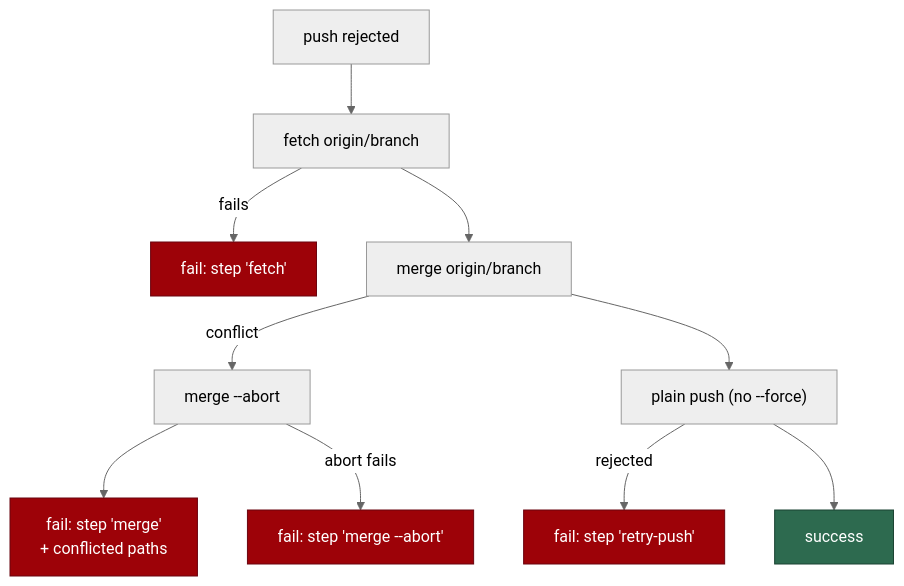
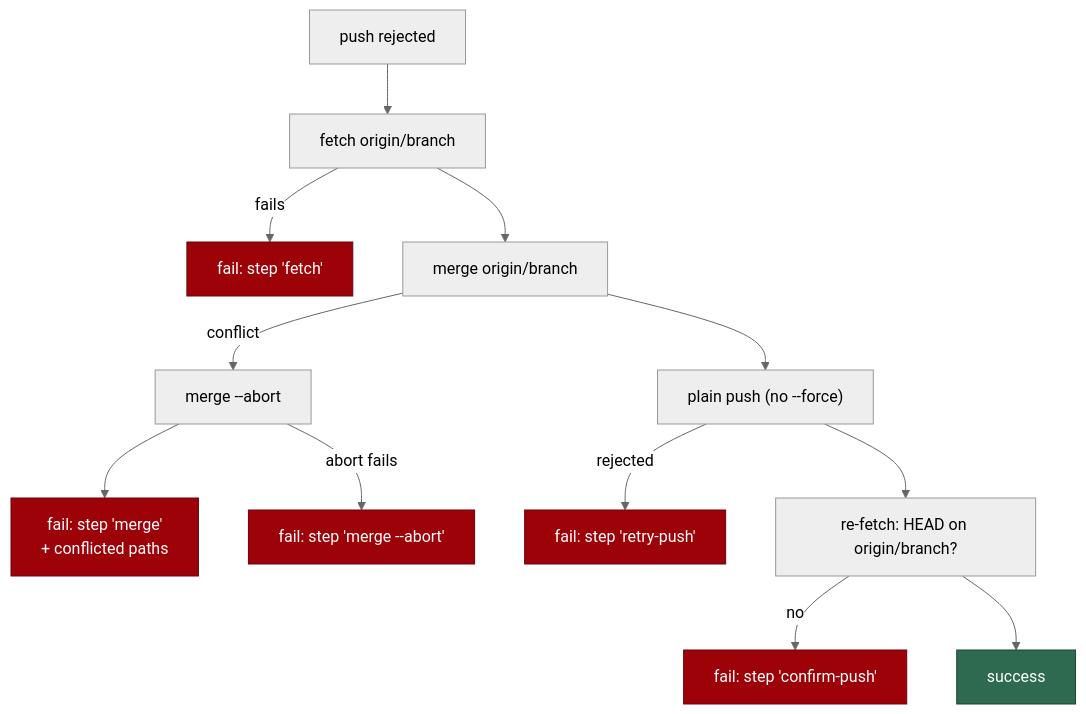
Before and after one commit to stSoftwareAU/VibeCoder: diagram 17 of 44 in docs/INTERNALS.md, drawn with Mermaid (neutral theme). The commit also changed other lines of this file and 2 other files, not shown here.

First line of the commit message:
Confirm the recovered push landed and keep the tracking ref current (#2808)

````diff
--- a/docs/INTERNALS.md
+++ b/docs/INTERNALS.md
@@ -2215,17 +2208,20 @@
 ```mermaid
 flowchart TD
     R["push rejected"] --> F["fetch origin/branch"]
     F -- fails --> XF["fail: step 'fetch'"]
     F --> M["merge origin/branch"]
     M -- conflict --> A["merge --abort"]
     A --> XM["fail: step 'merge'<br/>+ conflicted paths"]
     A -- abort fails --> XA["fail: step 'merge --abort'"]
     M --> P["plain push (no --force)"]
     P -- rejected --> XP["fail: step 'retry-push'"]
-    P --> OK["success"]
+    P --> C["re-fetch: HEAD on origin/branch?"]
+    C -- no --> XC["fail: step 'confirm-push'"]
+    C --> OK["success"]
     style XF fill:#9d0208,stroke:#6a040f,color:#fff
     style XM fill:#9d0208,stroke:#6a040f,color:#fff
     style XA fill:#9d0208,stroke:#6a040f,color:#fff
     style XP fill:#9d0208,stroke:#6a040f,color:#fff
+    style XC fill:#9d0208,stroke:#6a040f,color:#fff
     style OK fill:#2d6a4f,stroke:#1b4332,color:#fff
 ```
````
